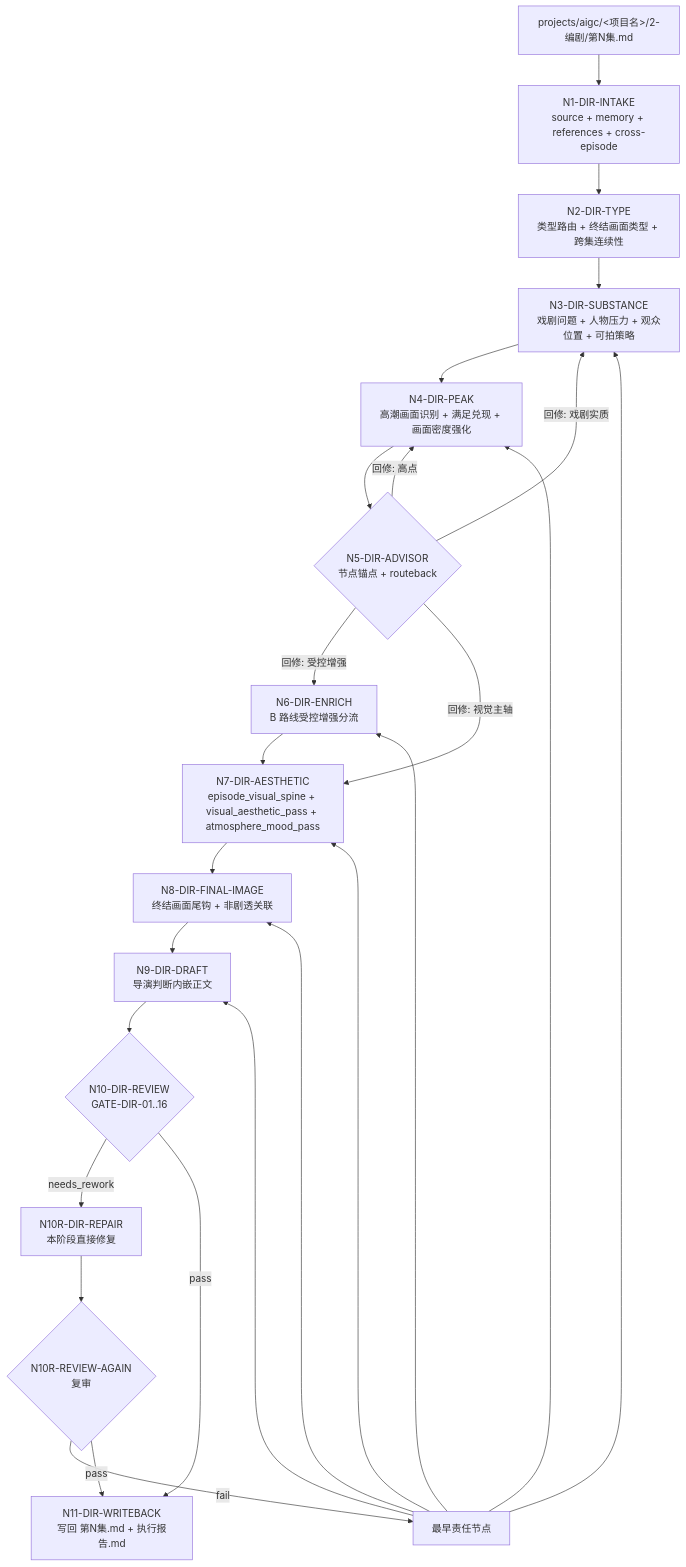
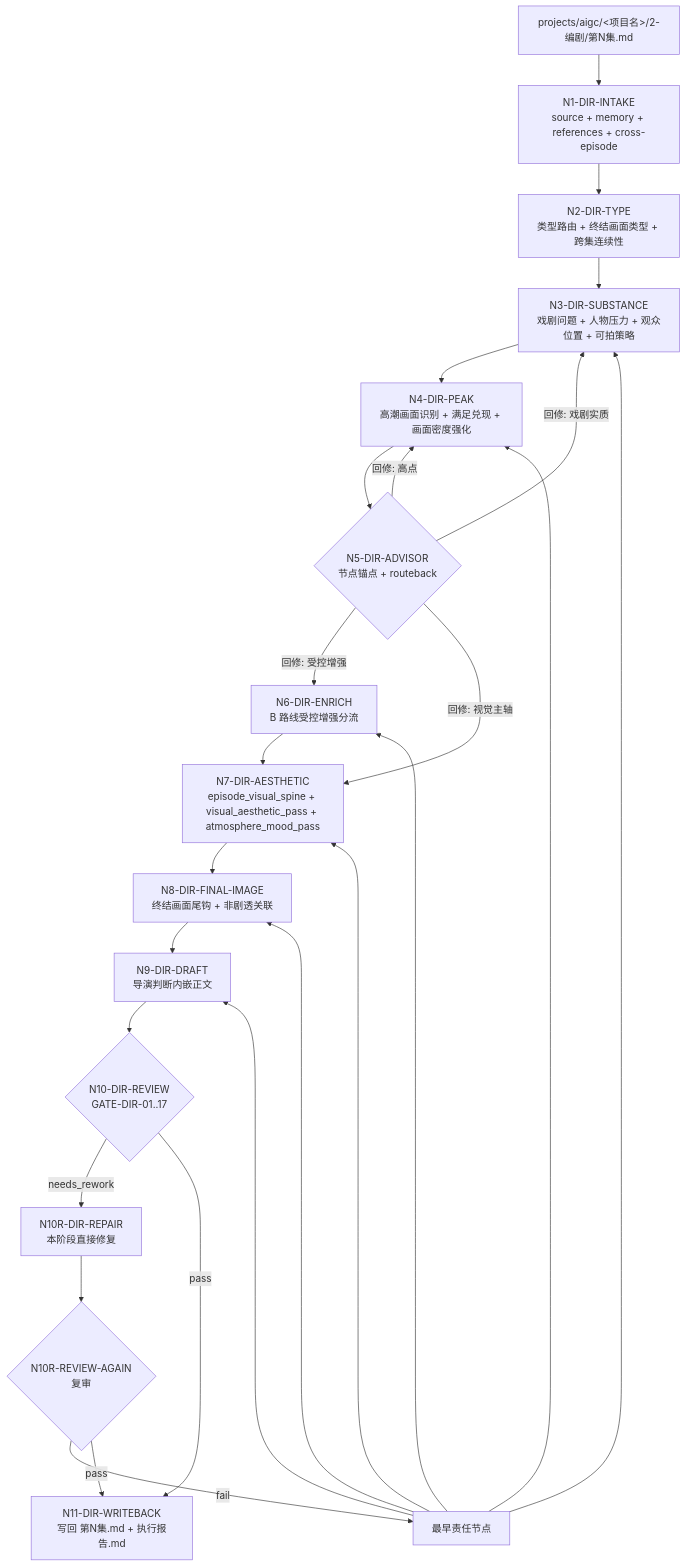
The first of 2 diagrams in .agents/skills/aigc/3-导演/SKILL.md (ZEN-VOID/AI-CUT), drawn with Mermaid before and after one commit. The commit also changed other lines of this file and 251 other files, not shown here.

````diff
--- a/.agents/skills/aigc/3-导演/SKILL.md
+++ b/.agents/skills/aigc/3-导演/SKILL.md
@@ -192,27 +196,27 @@
 ```mermaid
 flowchart TD
     A["projects/aigc/<项目名>/2-编剧/第N集.md"] --> B["N1-DIR-INTAKE\nsource + memory + references + cross-episode"]
     B --> C["N2-DIR-TYPE\n类型路由 + 终结画面类型 + 跨集连续性"]
     C --> D["N3-DIR-SUBSTANCE\n戏剧问题 + 人物压力 + 观众位置 + 可拍策略"]
     D --> P["N4-DIR-PEAK\n高潮画面识别 + 满足兑现 + 画面密度强化"]
     P --> AD{"N5-DIR-ADVISOR\n节点锚点 + routeback"}
     AD -->|"回修: 戏剧实质"| D
     AD -->|"回修: 高点"| P
     AD -->|"回修: 受控增强"| EN["N6-DIR-ENRICH\nB 路线受控增强分流"]
     AD -->|"回修: 视觉主轴"| VS["N7-DIR-AESTHETIC\nepisode_visual_spine + visual_aesthetic_pass + atmosphere_mood_pass"]
     EN --> VS
     VS --> FI["N8-DIR-FINAL-IMAGE\n终结画面尾钩 + 非剧透关联"]
     FI --> M["N9-DIR-DRAFT\n导演判断内嵌正文"]
-    M --> R{"N10-DIR-REVIEW\nGATE-DIR-01..16"}
+    M --> R{"N10-DIR-REVIEW\nGATE-DIR-01..17"}
     R -->|"needs_rework"| RR["N10R-DIR-REPAIR\n本阶段直接修复"]
     RR --> R2{"N10R-REVIEW-AGAIN\n复审"}
     R2 -->|"fail"| RB["最早责任节点"]
     RB --> D
     RB --> P
     RB --> EN
     RB --> VS
     RB --> FI
     RB --> M
     R2 -->|"pass"| W["N11-DIR-WRITEBACK\n写回 第N集.md + 执行报告.md"]
     R -->|"pass"| W
 ```
````
